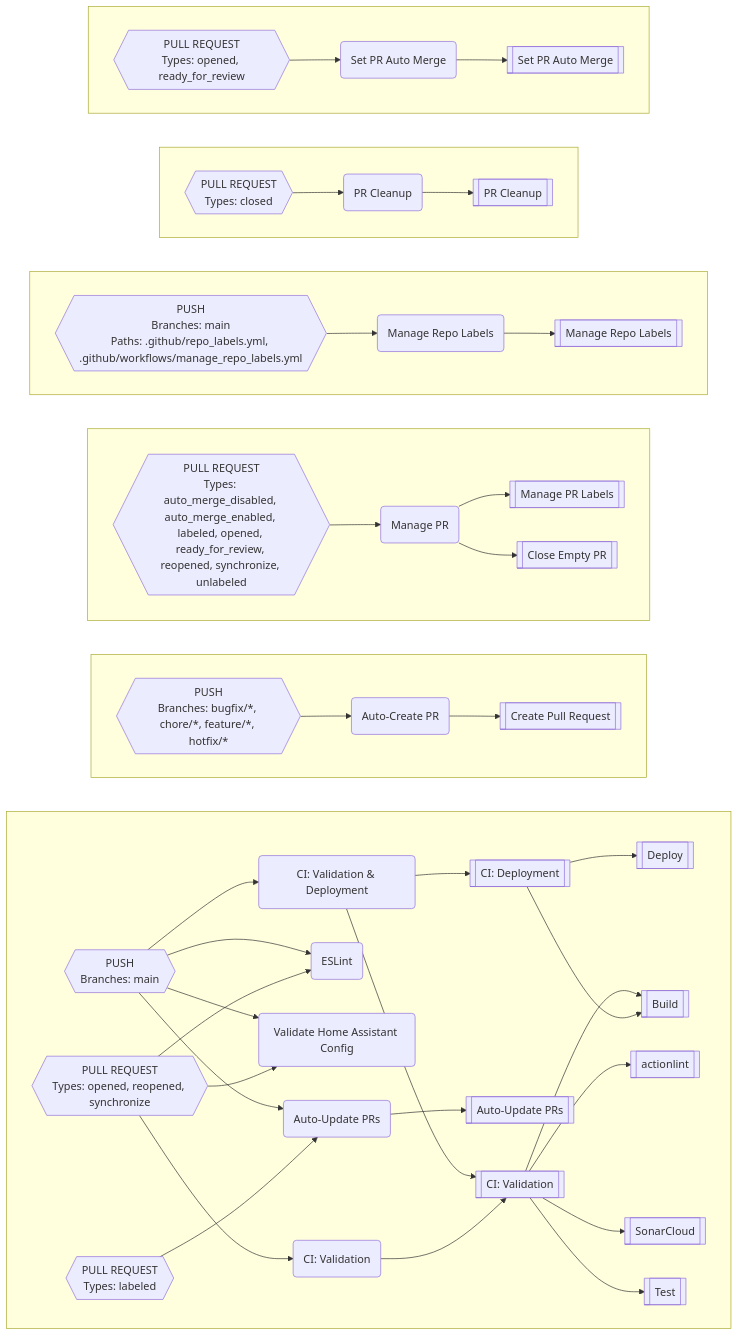
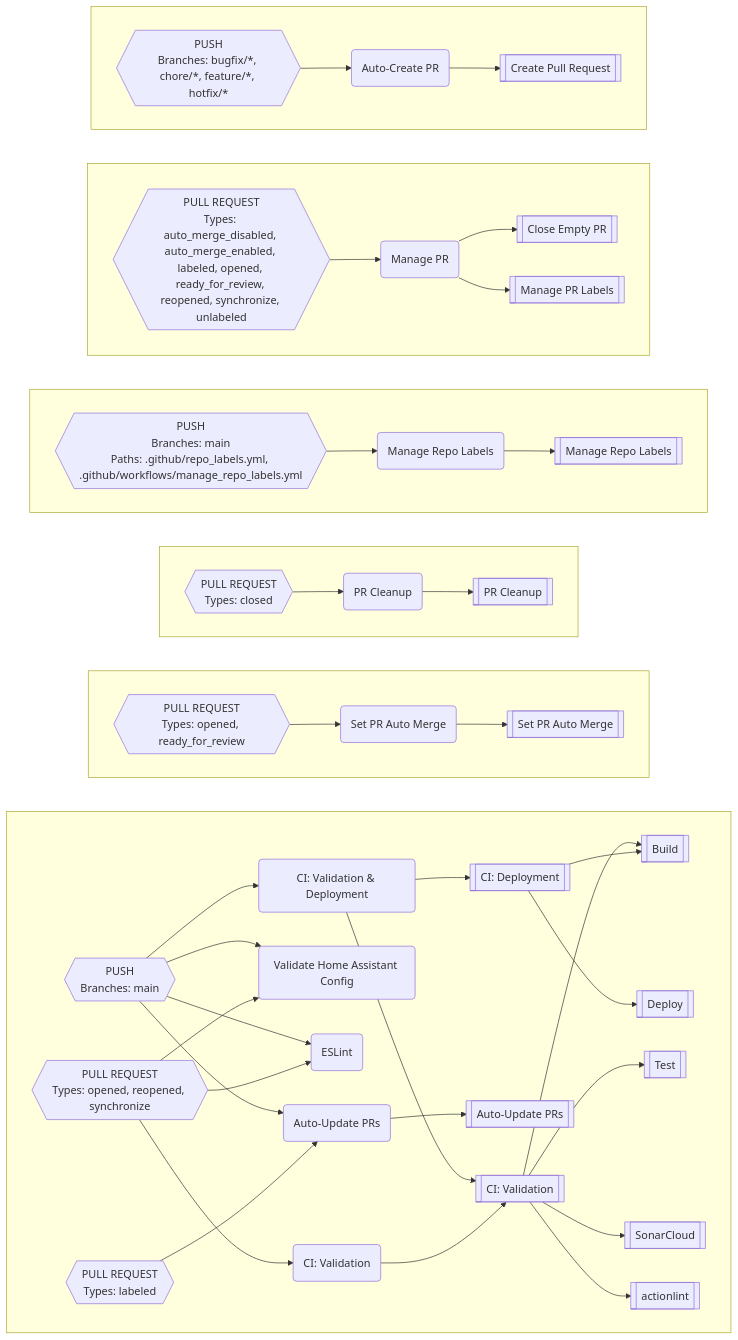
One commit to worgarside/github-config-files changed the diagram in README.md. Above: the diagram before and after it, drawn with Mermaid. The commit also changed 3 other files, not shown here.

````diff
--- a/README.md
+++ b/README.md
@@ -362,95 +362,95 @@
 ```mermaid
 flowchart LR
-subgraph CU[" "]
-direction LR
-CQ-->P
-CS-->CD
-CS-->CH
-CS-->CQ
-BT-->BS
-BS-->AQ
-CN-->BS
-CN-->CD
-CN-->CH
-CN-->CM
-CM-->I
-CM-->P
-I-->AE
-I-->E
-P-->A
-P-->BA
-P-->BD
-P-->E
-end
 subgraph CV[" "]
 direction LR
-BH-->BG
-BG-->AA
+CR-->P
+CT-->CR
+CT-->CI
+CT-->CE
+BU-->BT
+BT-->AR
+CO-->CN
+CO-->CI
+CO-->CE
+CO-->BT
+CN-->P
+CN-->I
+I-->E
+I-->AE
+P-->E
+P-->BE
+P-->BB
+P-->A
 end
 subgraph CW[" "]
 direction LR
-BK-->BJ
-BJ-->AJ
-BJ-->W
+CB-->CA
+CA-->AY
 end
 subgraph CX[" "]
 direction LR
-BP-->BO
-BO-->AN
+BY-->BX
+BX-->AU
 end
 subgraph CY[" "]
 direction LR
-BX-->BW
-BW-->AT
+BQ-->BP
+BP-->AO
 end
 subgraph CZ[" "]
 direction LR
-CA-->BZ
-BZ-->AX
+BL-->BK
+BK-->W
+BK-->AK
+end
+subgraph DA[" "]
+direction LR
+BI-->BH
+BH-->AA
 end
 AA[["Create Pull Request"]]
 AE[["Deploy"]]
-AJ[["Manage PR Labels"]]
-AN[["Manage Repo Labels"]]
-AQ[["Auto-Update PRs"]]
-AT[["PR Cleanup"]]
-AX[["Set PR Auto Merge"]]
+AK[["Manage PR Labels"]]
+AO[["Manage Repo Labels"]]
+AR[["Auto-Update PRs"]]
+AU[["PR Cleanup"]]
+AY[["Set PR Auto Merge"]]
 A[["actionlint"]]
-BA[["SonarCloud"]]
-BD[["Test"]]
-BG("Auto-Create PR")
-BH{{"PUSH
+BB[["SonarCloud"]]
+BE[["Test"]]
+BH("Auto-Create PR")
+BI{{"PUSH
 Branches: bugfix/*, chore/*, feature/*, hotfix/*
 "}}
-BJ("Manage PR")
-BK{{"PULL REQUEST
+BK("Manage PR")
+BL{{"PULL REQUEST
 Types: auto_merge_disabled, auto_merge_enabled, labeled, opened, ready_for_review, reopened, synchronize, unlabeled
 "}}
-BO("Manage Repo Labels")
-BP{{"PUSH
+BP("Manage Repo Labels")
+BQ{{"PUSH
 Branches: main
 Paths: .github/repo_labels.yml, .github/workflows/manage_repo_labels.yml
 "}}
-BS("Auto-Update PRs")
-BT{{"PULL REQUEST
+BT("Auto-Update PRs")
+BU{{"PULL REQUEST
 Types: labeled
 "}}
-BW("PR Cleanup")
-BX{{"PULL REQUEST
+BX("PR Cleanup")
+BY{{"PULL REQUEST
 Types: closed
 "}}
-BZ("Set PR Auto Merge")
-CA{{"PULL REQUEST
+CA("Set PR Auto Merge")
+CB{{"PULL REQUEST
 Types: opened, ready_for_review
 "}}
-CD("ESLint")
-CH("Validate Home Assistant Config")
-CM("CI: Validation & Deployment")
-CN{{"PUSH
+CE("ESLint")
+CI("Validate Home Assistant Config")
+CN("CI: Validation & Deployment")
+CO{{"PUSH
 Branches: main
 "}}
-CQ("CI: Validation")
-CS{{"PULL REQUEST
+CR("CI: Validation")
+CT{{"PULL REQUEST
 Types: opened, reopened, synchronize
 "}}
 E[["Build"]]
````
